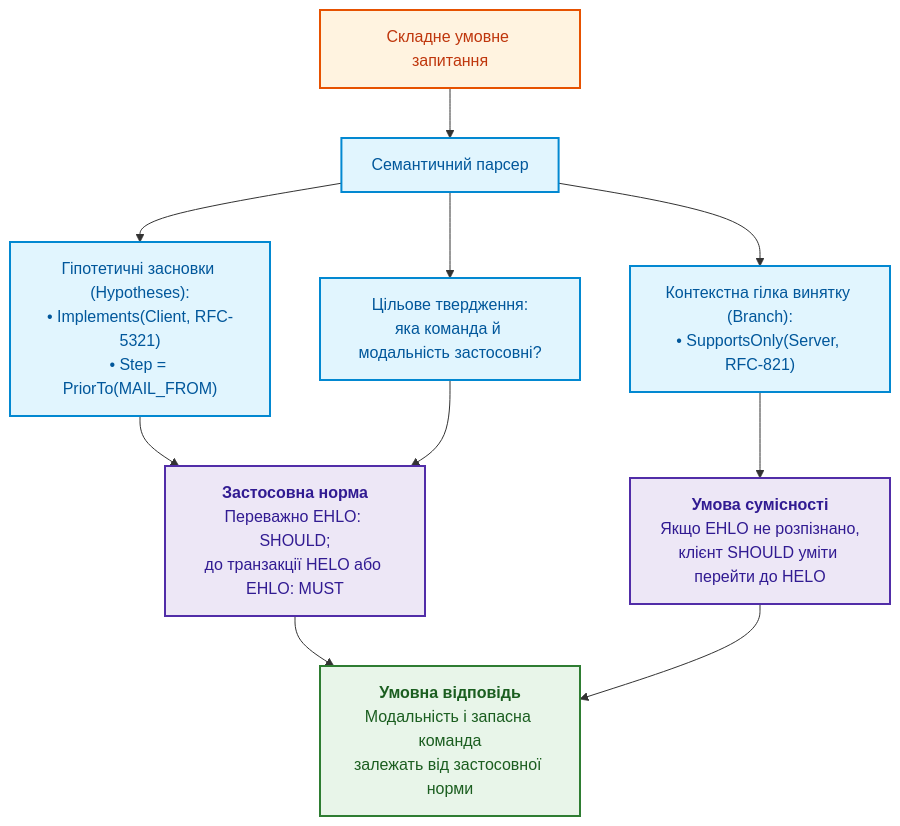
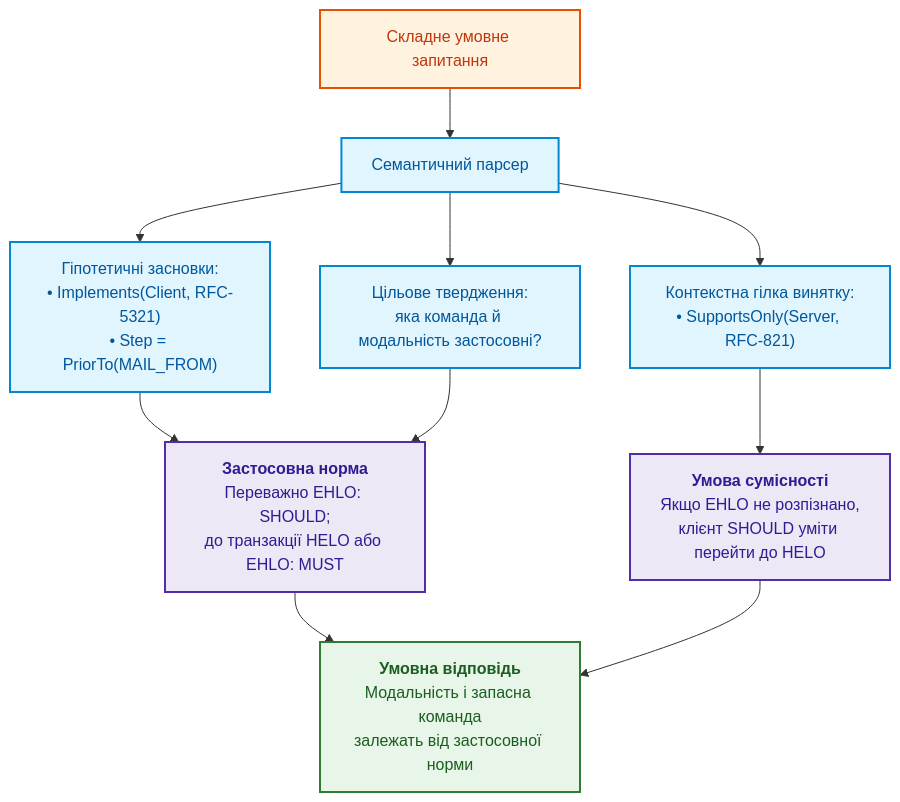
Before and after one commit to nick-fedchik/articles: the fifth of 5 diagrams in ExpertSystem/ch31-syllogistic-reasoning-and-relation-lattices.md, drawn with Mermaid. The commit also changed other lines of this file and 43 other files, not shown here.

````diff
--- a/ExpertSystem/ch31-syllogistic-reasoning-and-relation-lattices.md
+++ b/ExpertSystem/ch31-syllogistic-reasoning-and-relation-lattices.md
@@ -459,27 +578,27 @@
 ```mermaid
 flowchart TD
     accTitle: План виконання умовного силогістичного запиту
     accDescr: Розбиття питання на гіпотези, цільові предикати та гілки винятків.
 
     Q["Складне умовне запитання"] --> PARSE["Семантичний парсер"]
     
-    PARSE --> H["Гіпотетичні засновки (Hypotheses):<br/>• Implements(Client, RFC-5321)<br/>• Step = PriorTo(MAIL_FROM)"]
+    PARSE --> H["Гіпотетичні засновки:<br/>• Implements(Client, RFC-5321)<br/>• Step = PriorTo(MAIL_FROM)"]
     PARSE --> T["Цільове твердження:<br/>яка команда й модальність застосовні?"]
-    PARSE --> B["Контекстна гілка винятку (Branch):<br/>• SupportsOnly(Server, RFC-821)"]
+    PARSE --> B["Контекстна гілка винятку:<br/>• SupportsOnly(Server, RFC-821)"]
 
     H & T --> DED1["<b>Застосовна норма</b><br/>Переважно EHLO: SHOULD;<br/>до транзакції HELO або EHLO: MUST"]
     
     B --> DEF_EVAL["<b>Умова сумісності</b><br/>Якщо EHLO не розпізнано,<br/>клієнт SHOULD уміти перейти до HELO"]
 
     DED1 & DEF_EVAL --> FINAL["<b>Умовна відповідь</b><br/>Модальність і запасна команда<br/>залежать від застосовної норми"]
 
     classDef q fill:#fff3e0,stroke:#e65100,stroke-width:2px,color:#bf360c;
     classDef p fill:#e1f5fe,stroke:#0288d1,stroke-width:2px,color:#01579b;
     classDef d fill:#ede7f6,stroke:#512da8,stroke-width:2px,color:#311b92;
     classDef r fill:#e8f5e9,stroke:#2e7d32,stroke-width:2px,color:#1b5e20;
 
     class Q q;
     class PARSE,H,T,B p;
     class DED1,DEF_EVAL d;
     class FINAL r;
 ```
````
